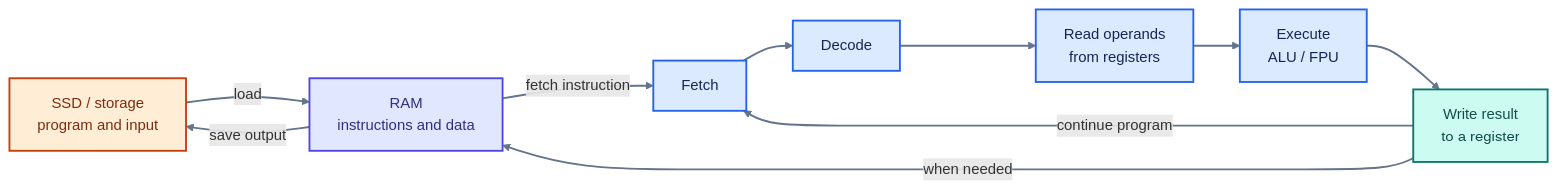
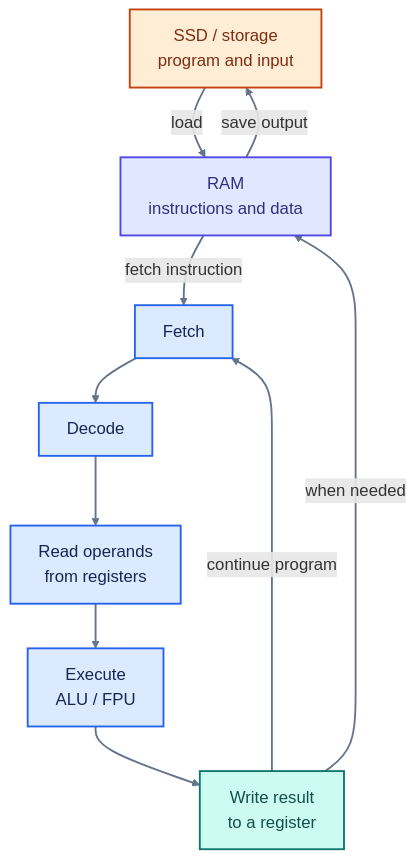
The diagram in _pages/hpc-meep/part-1-03-how-computer-processes-data.md (ahmad-sakib/ahmad-sakib.github.io), drawn with Mermaid before and after one commit. The commit also changed 2 other files, not shown here.

Commit message:
uploaded 3 blogs on hpc & meep series

````diff
--- a/_pages/hpc-meep/part-1-03-how-computer-processes-data.md
+++ b/_pages/hpc-meep/part-1-03-how-computer-processes-data.md
@@ -33,22 +33,23 @@
 ```mermaid
-flowchart LR
+%%{init: {"themeVariables": {"fontSize": "18px"}, "flowchart": {"nodeSpacing": 36, "rankSpacing": 48}}}%%
+flowchart TB
 	Disk["SSD / storage<br/>program and input"] -->|load| RAM["RAM<br/>instructions and data"]
 	RAM -->|fetch instruction| Fetch[Fetch]
 	Fetch --> Decode[Decode]
 	Decode --> Read["Read operands<br/>from registers"]
 	Read --> Execute["Execute<br/>ALU / FPU"]
 	Execute --> Result["Write result<br/>to a register"]
 	Result -->|continue program| Fetch
 	Result -->|when needed| RAM
 	RAM -->|save output| Disk
 
 	classDef storage fill:#ffedd5,stroke:#c2410c,color:#7c2d12,stroke-width:2px
 	classDef memory fill:#e0e7ff,stroke:#4f46e5,color:#312e81,stroke-width:2px
 	classDef cpu fill:#dbeafe,stroke:#2563eb,color:#172554,stroke-width:2px
 	classDef result fill:#ccfbf1,stroke:#0f766e,color:#134e4a,stroke-width:2px
 	class Disk storage
 	class RAM memory
 	class Fetch,Decode,Read,Execute cpu
 	class Result result
 	linkStyle default stroke:#64748b,stroke-width:2px
 ```
````
